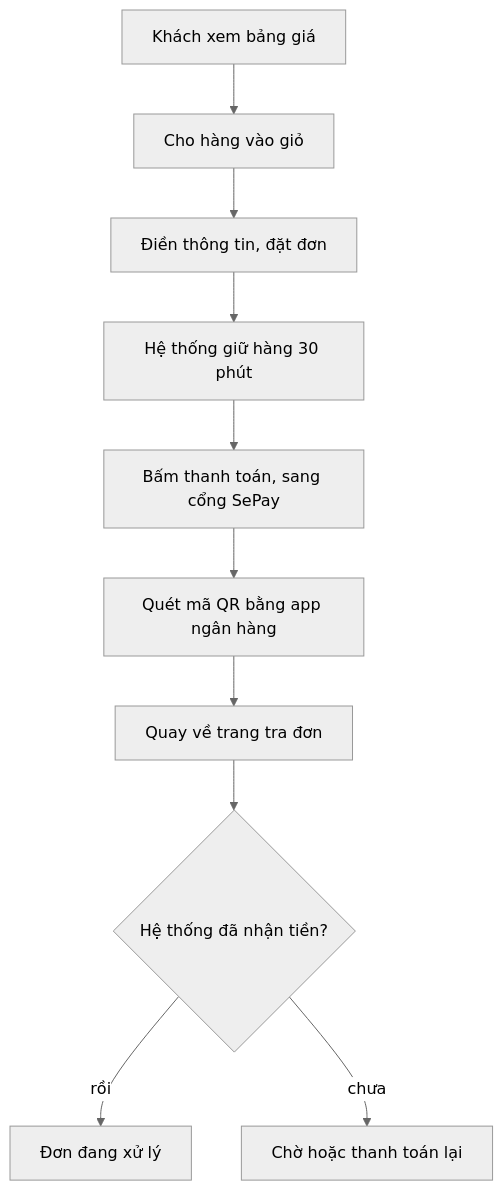
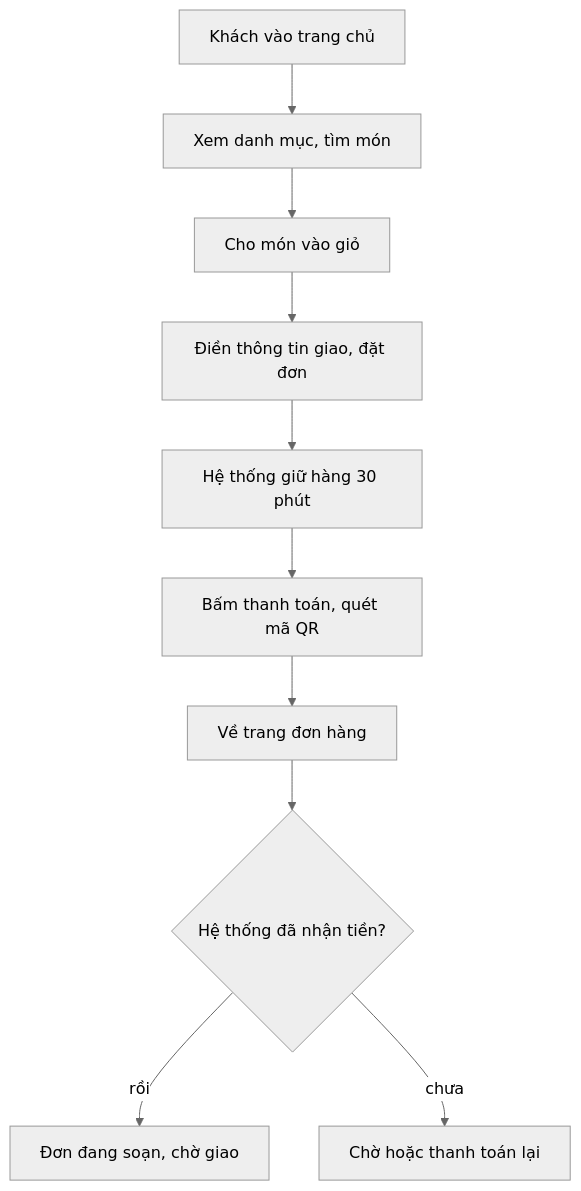
One commit to DuyduyFedev46/fish changed the diagram in doc/he-thong/frontend.md. Above: the diagram before and after it, drawn with Mermaid (neutral theme). The commit also changed other lines of this file and 86 other files, not shown here.

````diff
--- a/doc/he-thong/frontend.md
+++ b/doc/he-thong/frontend.md
@@ -6,12 +3,12 @@
 ```mermaid
 flowchart TD
-  A["Khách xem bảng giá"] --> B["Cho hàng vào giỏ"]
-  B --> C["Điền thông tin, đặt đơn"]
-  C --> D["Hệ thống giữ hàng 30 phút"]
-  D --> E["Bấm thanh toán, sang cổng SePay"]
-  E --> F["Quét mã QR bằng app ngân hàng"]
-  F --> G["Quay về trang tra đơn"]
+  A["Khách vào trang chủ"] --> B["Xem danh mục, tìm món"]
+  B --> C["Cho món vào giỏ"]
+  C --> D["Điền thông tin giao, đặt đơn"]
+  D --> E["Hệ thống giữ hàng 30 phút"]
+  E --> F["Bấm thanh toán, quét mã QR"]
+  F --> G["Về trang đơn hàng"]
   G --> H{"Hệ thống đã nhận tiền?"}
-  H -- "rồi" --> I["Đơn đang xử lý"]
+  H -- "rồi" --> I["Đơn đang soạn, chờ giao"]
   H -- "chưa" --> J["Chờ hoặc thanh toán lại"]
 ```
````
